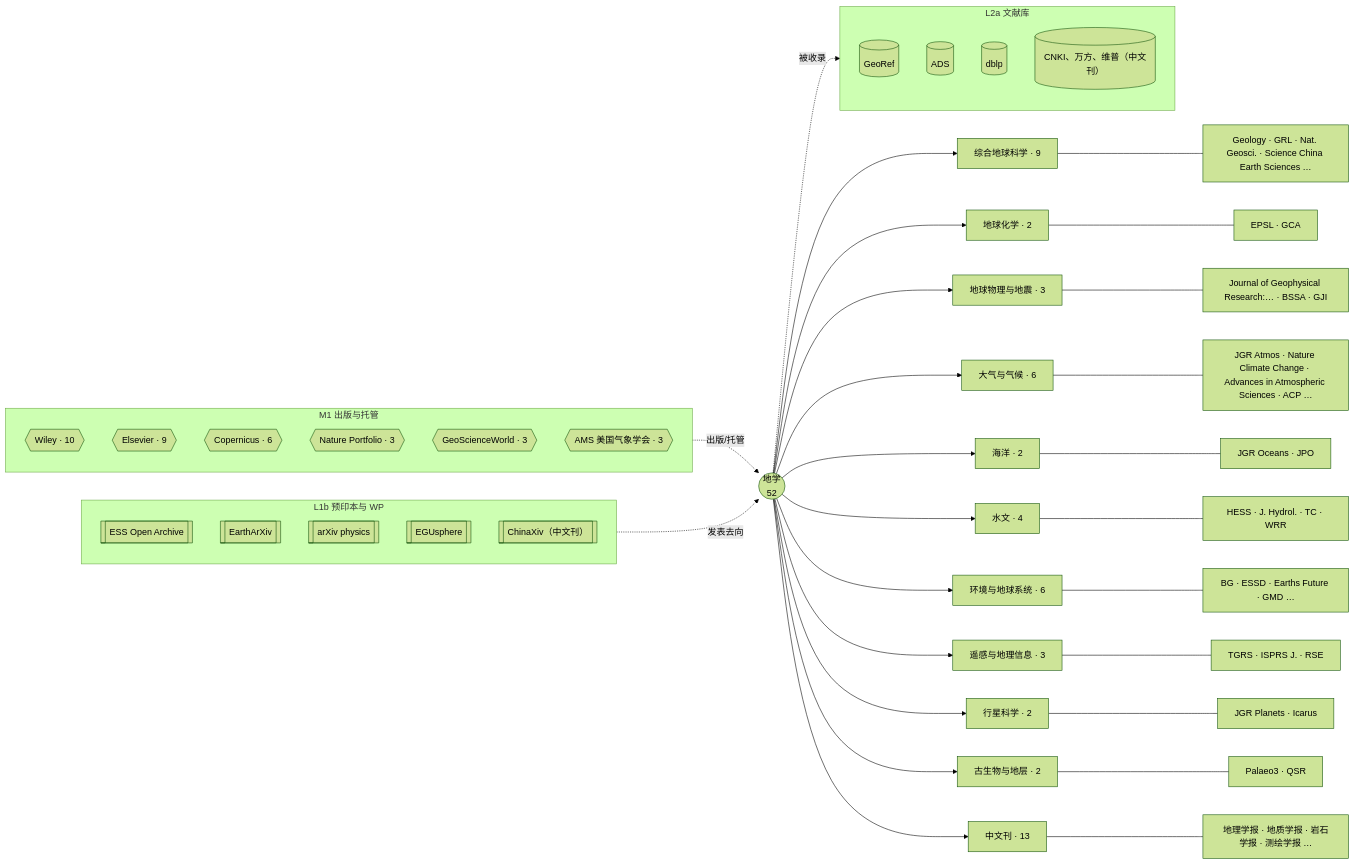
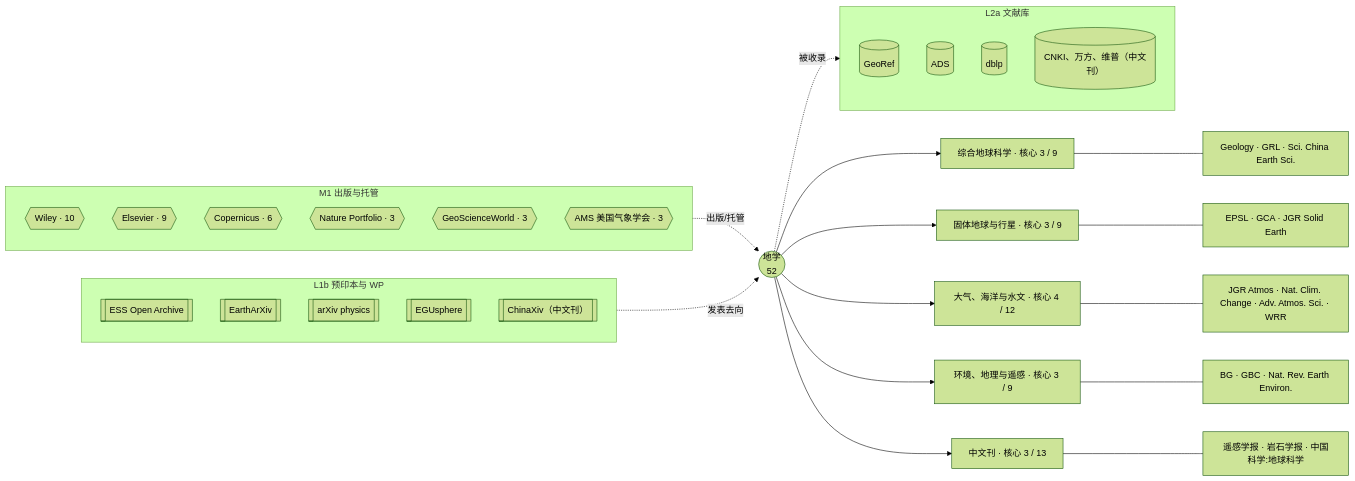
One commit to yhyfhgs/Confluo changed the diagram in docs/catalog/venues/earth-sciences.md. Above: the diagram before and after it, drawn with Mermaid (forest theme). The commit also changed other lines of this file and 21 other files, not shown here.

````diff
--- a/docs/catalog/venues/earth-sciences.md
+++ b/docs/catalog/venues/earth-sciences.md
@@ -14,50 +14,38 @@
 ```mermaid
 flowchart LR
   D(("地学<br/>52"))
-  D --> S0["综合地球科学 · 9"]
-  S0 --- V0["Geology · GRL · Nat. Geosci. · Science China Earth Sciences …"]
-  D --> S1["地球化学 · 2"]
-  S1 --- V1["EPSL · GCA"]
-  D --> S2["地球物理与地震 · 3"]
-  S2 --- V2["Journal of Geophysical Research:… · BSSA · GJI"]
-  D --> S3["大气与气候 · 6"]
-  S3 --- V3["JGR Atmos · Nature Climate Change · Advances in Atmospheric Sciences · ACP …"]
-  D --> S4["海洋 · 2"]
-  S4 --- V4["JGR Oceans · JPO"]
-  D --> S5["水文 · 4"]
-  S5 --- V5["HESS · J. Hydrol. · TC · WRR"]
-  D --> S6["环境与地球系统 · 6"]
-  S6 --- V6["BG · ESSD · Earths Future · GMD …"]
-  D --> S7["遥感与地理信息 · 3"]
-  S7 --- V7["TGRS · ISPRS J. · RSE"]
-  D --> S8["行星科学 · 2"]
-  S8 --- V8["JGR Planets · Icarus"]
-  D --> S9["古生物与地层 · 2"]
-  S9 --- V9["Palaeo3 · QSR"]
-  D --> SCN["中文刊 · 13"]
-  SCN --- VCN["地理学报 · 地质学报 · 岩石学报 · 测绘学报 …"]
+  D --> S0["综合地球科学 · 核心 3 / 9"]
+  S0 --- V0["Geology · GRL · Sci. China Earth Sci."]
+  D --> S1["固体地球与行星 · 核心 3 / 9"]
+  S1 --- V1["EPSL · GCA · JGR Solid Earth"]
+  D --> S2["大气、海洋与水文 · 核心 4 / 12"]
+  S2 --- V2["JGR Atmos · Nat. Clim. Change · Adv. Atmos. Sci. · WRR"]
+  D --> S3["环境、地理与遥感 · 核心 3 / 9"]
+  S3 --- V3["BG · GBC · Nat. Rev. Earth Environ."]
+  D --> SCN["中文刊 · 核心 3 / 13"]
+  SCN --- VCN["遥感学报 · 岩石学报 · 中国科学:地球科学"]
   subgraph M1["M1 出版与托管"]
     P0{{"Wiley · 10"}}
     P1{{"Elsevier · 9"}}
     P2{{"Copernicus · 6"}}
     P3{{"Nature Portfolio · 3"}}
     P4{{"GeoScienceWorld · 3"}}
     P5{{"AMS 美国气象学会 · 3"}}
   end
   M1 -. 出版/托管 .-> D
   subgraph L2A["L2a 文献库"]
     A0[("GeoRef")]
     A1[("ADS")]
     A2[("dblp")]
     A3[("CNKI、万方、维普（中文刊）")]
   end
   D -. 被收录 .-> L2A
   subgraph L1B["L1b 预印本与 WP"]
     B0[["ESS Open Archive"]]
     B1[["EarthArXiv"]]
     B2[["arXiv physics"]]
     B3[["EGUsphere"]]
     B4[["ChinaXiv（中文刊）"]]
   end
   L1B -. 发表去向 .-> D
 ```
````
